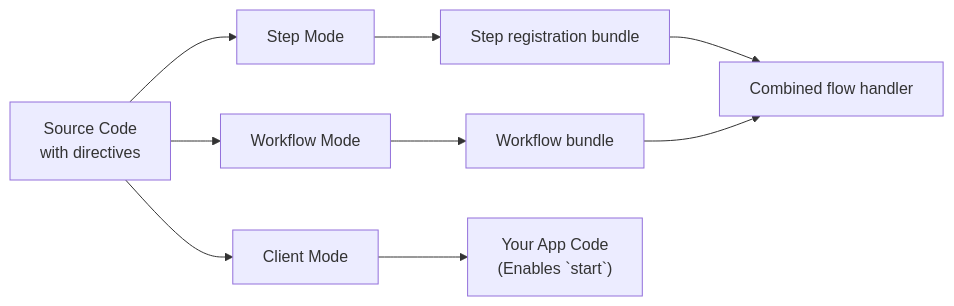
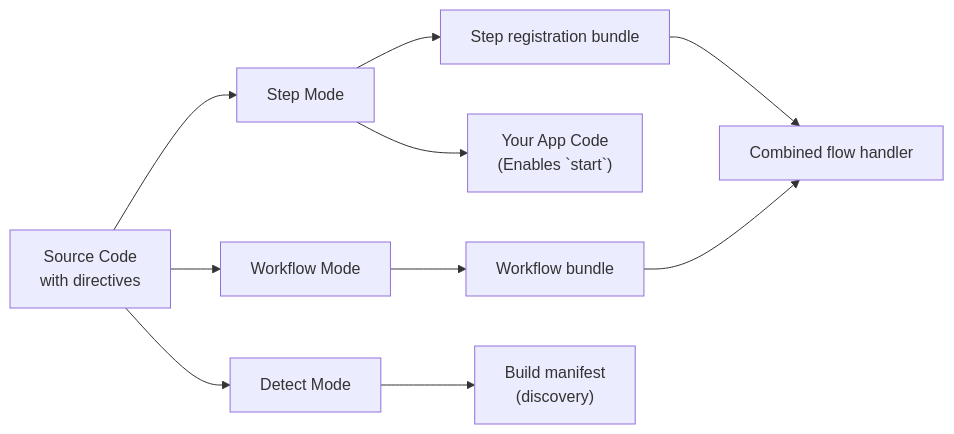
The diagram in docs/content/docs/v5/how-it-works/code-transform.mdx (vercel/workflow), drawn with Mermaid before and after one commit. The commit also changed other lines of this file and 29 other files, not shown here.

````diff
--- a/docs/content/docs/v5/how-it-works/code-transform.mdx
+++ b/docs/content/docs/v5/how-it-works/code-transform.mdx
@@ -51,11 +51,12 @@
 ```mermaid
 flowchart LR
     A["Source Code<br/>with directives"] --> B["Step Mode"]
     A --> C["Workflow Mode"]
-    A --> D["Client Mode"]
+    A --> D["Detect Mode"]
     B --> E["Step registration bundle"]
+    B --> G["Your App Code<br/>(Enables `start`)"]
     C --> F["Workflow bundle"]
     E --> H["Combined flow handler"]
     F --> H
-    D --> G["Your App Code<br/>(Enables `start`)"]
+    D --> I["Build manifest<br/>(discovery)"]
 ```
````
